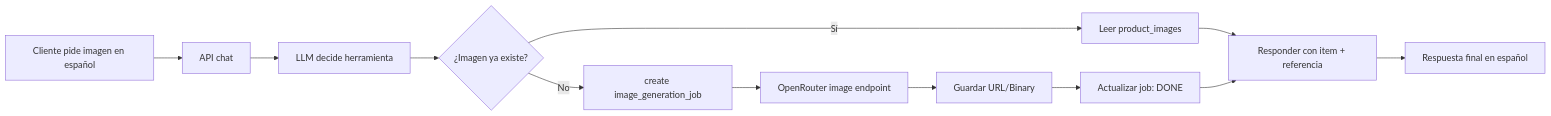
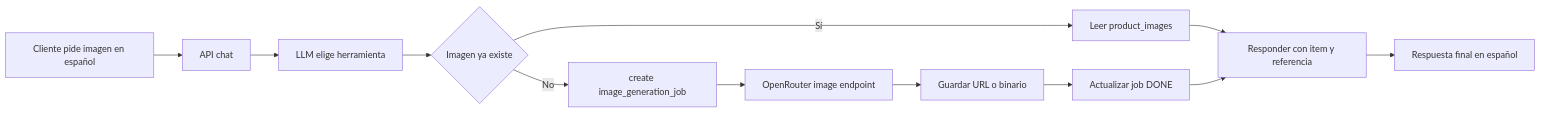
The fifth of 5 diagrams in leather-inventory-agent/diseno-agente-consultas-leather-openrouter.md (josalero/generic-rag-poc), drawn with Mermaid before and after one commit. The commit also changed other lines of this file, not shown here.

````diff
--- a/leather-inventory-agent/diseno-agente-consultas-leather-openrouter.md
+++ b/leather-inventory-agent/diseno-agente-consultas-leather-openrouter.md
@@ -936,14 +936,14 @@
 ```mermaid
 flowchart LR
-    A[Cliente pide imagen en español] --> B[API chat]
-    B --> C[LLM decide herramienta]
-    C --> D{¿Imagen ya existe?}
-    D -->|Sí| E[Leer product_images]
-    D -->|No| F[create image_generation_job]
-    F --> G[OpenRouter image endpoint]
-    G --> H[Guardar URL/Binary]
-    H --> I[Actualizar job: DONE]
-    E --> J[Responder con item + referencia]
+    A["Cliente pide imagen en español"] --> B["API chat"]
+    B --> C["LLM elige herramienta"]
+    C --> D{"Imagen ya existe"}
+    D -->|Sí| E["Leer product_images"]
+    D -->|No| F["create image_generation_job"]
+    F --> G["OpenRouter image endpoint"]
+    G --> H["Guardar URL o binario"]
+    H --> I["Actualizar job DONE"]
+    E --> J["Responder con item y referencia"]
     I --> J
-    J --> K[Respuesta final en español]
+    J --> K["Respuesta final en español"]
 ```
````
